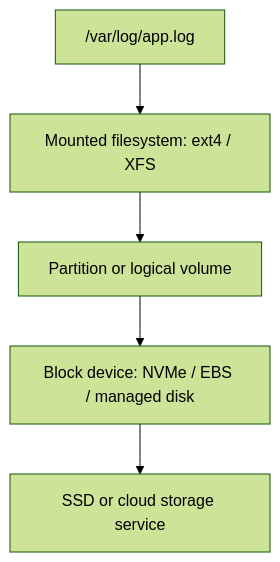
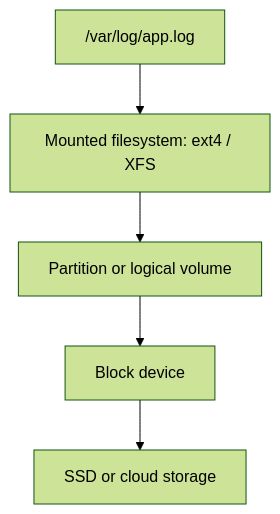
One commit to tiendu/tiendu.github.io changed the fourth of 9 diagrams in src/content/blog/2026-09-04-systems-troubleshooting-useful-stuff.md. Above: the diagram before and after it, drawn with Mermaid (forest theme). The commit also changed other lines of this file, not shown here.

````diff
--- a/src/content/blog/2026-09-04-systems-troubleshooting-useful-stuff.md
+++ b/src/content/blog/2026-09-04-systems-troubleshooting-useful-stuff.md
@@ -283,9 +364,9 @@
 ```mermaid
 flowchart TD
-    accTitle: A typical Linux storage stack
-    accDescr: A file belongs to a mounted filesystem, which may sit on a logical volume or partition backed by a block device.
+    accTitle: A typical local storage stack
+    accDescr: A file belongs to a mounted filesystem backed by a partition or logical volume and a block device.
     A["/var/log/app.log"] --> B["Mounted filesystem: ext4 / XFS"]
     B --> C["Partition or logical volume"]
-    C --> D["Block device: NVMe / EBS / managed disk"]
-    D --> E["SSD or cloud storage service"]
+    C --> D["Block device"]
+    D --> E["SSD or cloud storage"]
 ```
````
